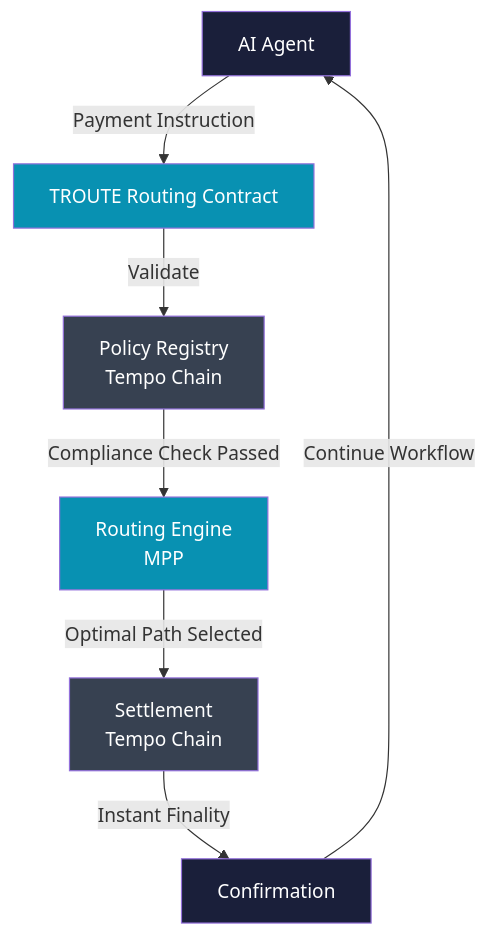
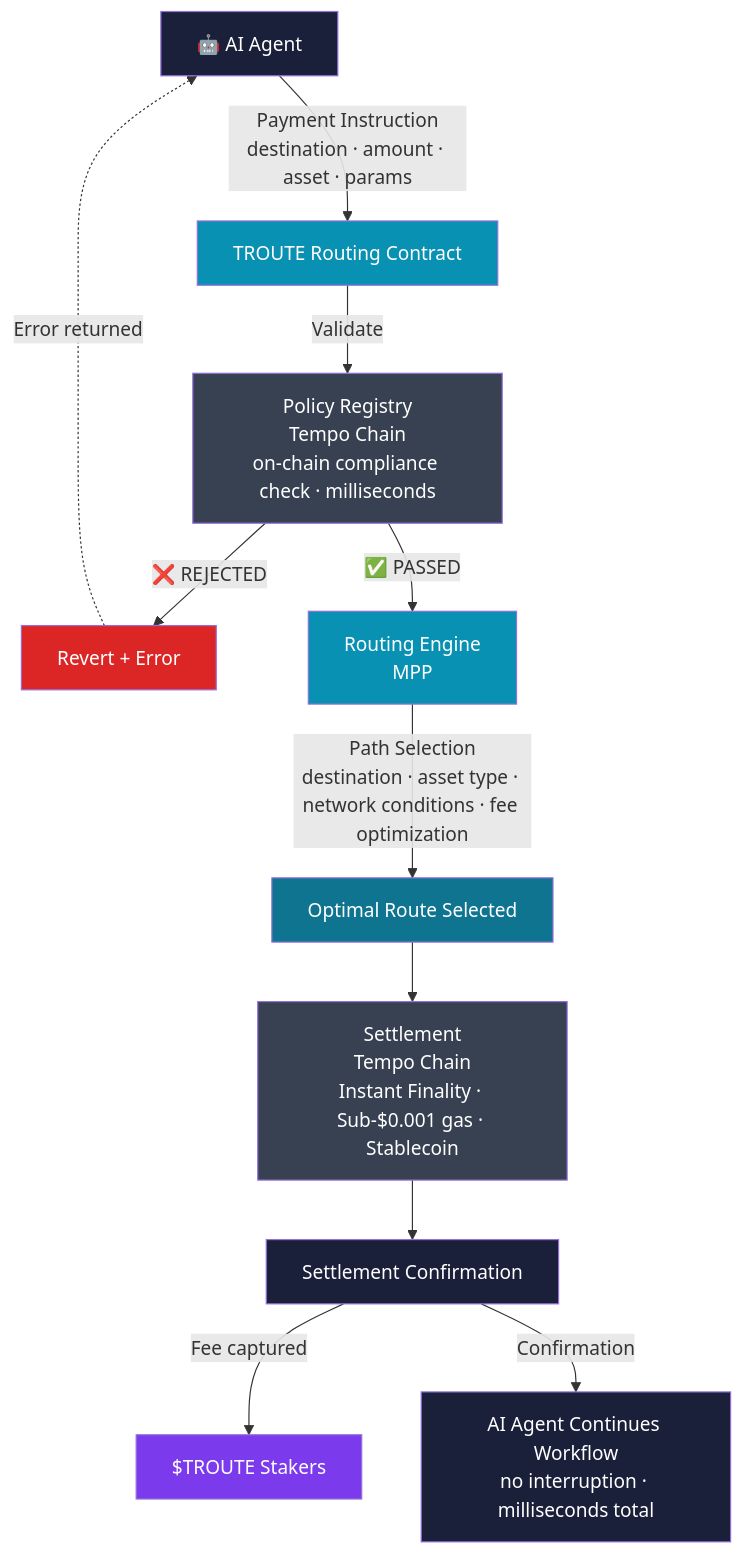
One commit to diero-hl/troute-docs changed the diagram in the-solution.md. Above: the diagram before and after it, drawn with Mermaid. The commit also changed other lines of this file, not shown here.

Commit message:
Update technical flow diagram with rejection path, fee capture, and timing details

````diff
--- a/the-solution.md
+++ b/the-solution.md
@@ -11,16 +11,27 @@
 ```mermaid
 flowchart TD
-    A[AI Agent] -->|Payment Instruction| B[TROUTE Routing Contract]
-    B -->|Validate| C[Policy Registry\nTempo Chain]
-    C -->|Compliance Check Passed| D[Routing Engine\nMPP]
-    D -->|Optimal Path Selected| E[Settlement\nTempo Chain]
-    E -->|Instant Finality| F[Confirmation]
-    F -->|Continue Workflow| A
+    A["🤖 AI Agent"] -->|"Payment Instruction\ndestination · amount · asset · params"| B["TROUTE Routing Contract"]
+    B -->|Validate| C["Policy Registry\nTempo Chain\non-chain compliance check · milliseconds"]
+
+    C -->|"❌ REJECTED"| R["Revert + Error"]
+    R -.->|"Error returned"| A
+
+    C -->|"✅ PASSED"| D["Routing Engine\nMPP"]
+    D -->|"Path Selection\ndestination · asset type · network conditions · fee optimization"| E["Optimal Route Selected"]
+    E --> F["Settlement\nTempo Chain\nInstant Finality · Sub-$0.001 gas · Stablecoin"]
+    F --> G["Settlement Confirmation"]
+
+    G -->|"Fee captured"| S["$TROUTE Stakers"]
+    G -->|"Confirmation"| A2["AI Agent Continues Workflow\nno interruption · milliseconds total"]
 
     style A fill:#1A1F3A,color:#fff
     style B fill:#0891b2,color:#fff
     style C fill:#374151,color:#fff
+    style R fill:#dc2626,color:#fff
     style D fill:#0891b2,color:#fff
-    style E fill:#374151,color:#fff
-    style F fill:#1A1F3A,color:#fff
+    style E fill:#0e7490,color:#fff
+    style F fill:#374151,color:#fff
+    style G fill:#1A1F3A,color:#fff
+    style S fill:#7c3aed,color:#fff
+    style A2 fill:#1A1F3A,color:#fff
 ```
````
